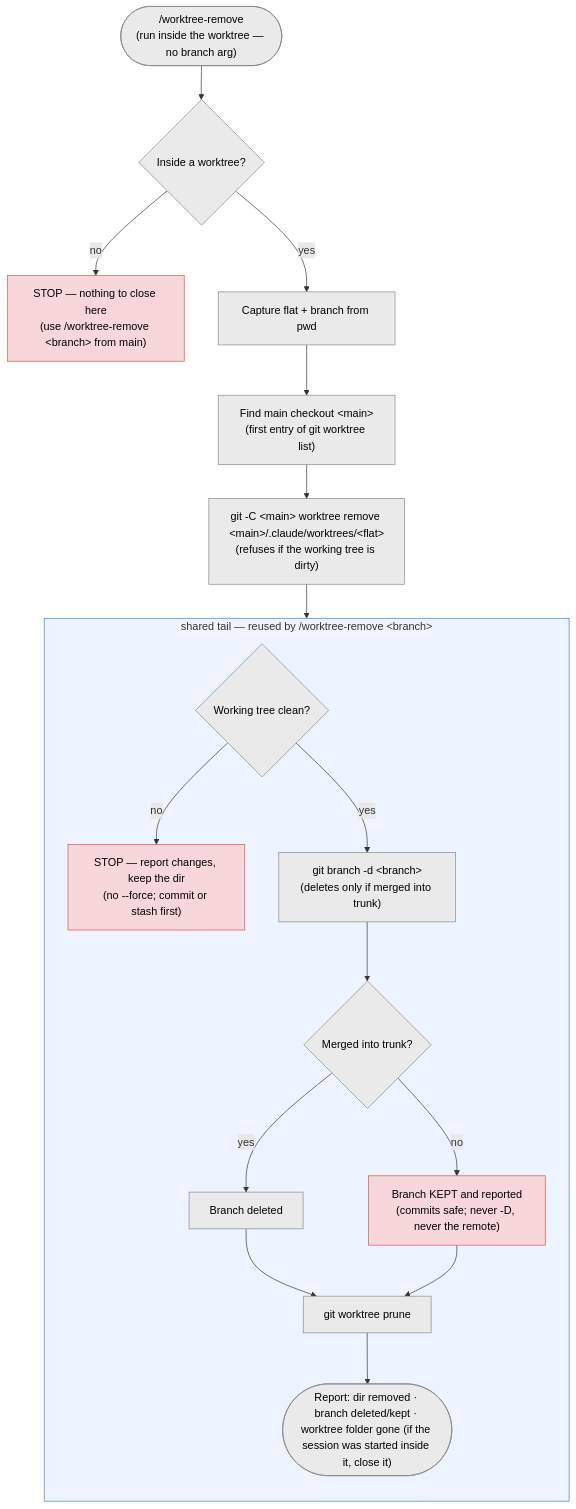
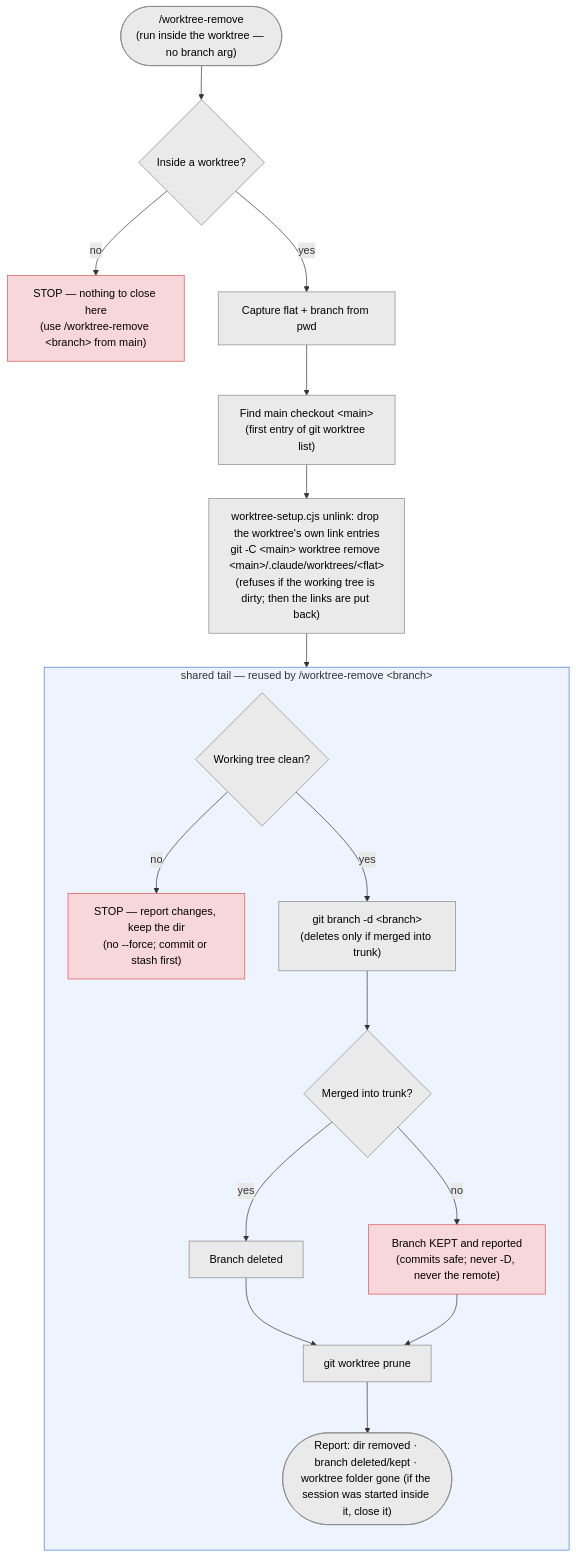
One commit to pilniczek/worktree-toolbox changed the third of 4 diagrams in worktree-per-issue/template/docs/worktrees.md. Above: the diagram before and after it, drawn with Mermaid. The commit also changed other lines of this file and 8 other files, not shown here.

First line of the commit message:
📝 document worktree-create --repo and .claude/worktree.json

````diff
--- a/worktree-per-issue/template/docs/worktrees.md
+++ b/worktree-per-issue/template/docs/worktrees.md
@@ -170,30 +234,30 @@
 ```mermaid
 flowchart TD
   start(["/worktree-remove<br/>(run inside the worktree — no branch arg)"])
   start --> inside{"Inside a worktree?"}
   inside -->|"no"| stopA["STOP — nothing to close here<br/>(use /worktree-remove &lt;branch&gt; from main)"]
   inside -->|"yes"| capture["Capture flat + branch from pwd"]
   capture --> findmain["Find main checkout &lt;main&gt;<br/>(first entry of git worktree list)"]
-  findmain --> removedir["git -C &lt;main&gt; worktree remove &lt;main&gt;/.claude/worktrees/&lt;flat&gt;<br/>(refuses if the working tree is dirty)"]
+  findmain --> removedir["worktree-setup.cjs unlink: drop the worktree's own link entries<br/>git -C &lt;main&gt; worktree remove &lt;main&gt;/.claude/worktrees/&lt;flat&gt;<br/>(refuses if the working tree is dirty; then the links are put back)"]
 
   subgraph shared["shared tail — reused by /worktree-remove &lt;branch&gt;"]
     direction TB
     clean{"Working tree clean?"}
     clean -->|"no"| stopdirty["STOP — report changes, keep the dir<br/>(no --force; commit or stash first)"]
     clean -->|"yes"| delbranch["git branch -d &lt;branch&gt;<br/>(deletes only if merged into trunk)"]
     delbranch --> merged{"Merged into trunk?"}
     merged -->|"yes"| gone["Branch deleted"]
     merged -->|"no"| kept["Branch KEPT and reported<br/>(commits safe; never -D, never the remote)"]
     gone --> prune["git worktree prune"]
     kept --> prune
     prune --> report(["Report: dir removed · branch deleted/kept · worktree folder gone (if the session was started inside it, close it)"])
   end
 
   removedir --> clean
 
   classDef step fill:#eaeaea,stroke:#888,color:#000;
   classDef stop fill:#f8d7da,stroke:#d9534f,color:#000;
   class start,inside,capture,findmain,removedir,clean,delbranch,merged,gone,prune,report step;
   class stopA,stopdirty,kept stop;
   style shared fill:#eef4ff,stroke:#3d7bd6;
 ```
````
